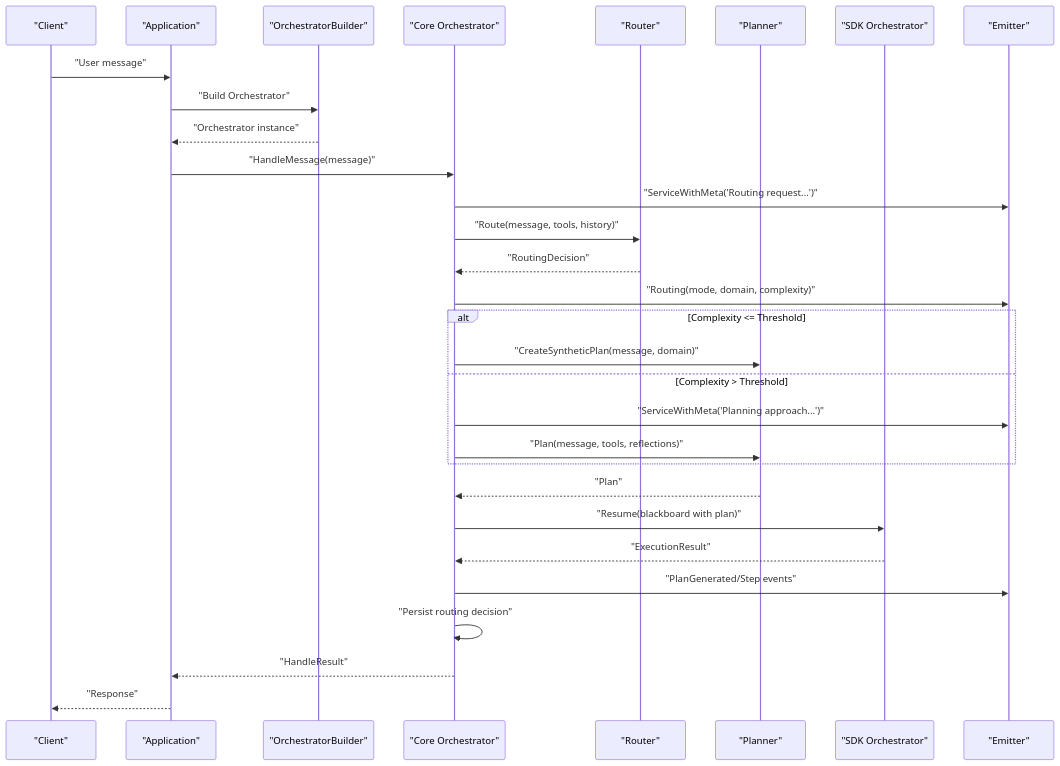
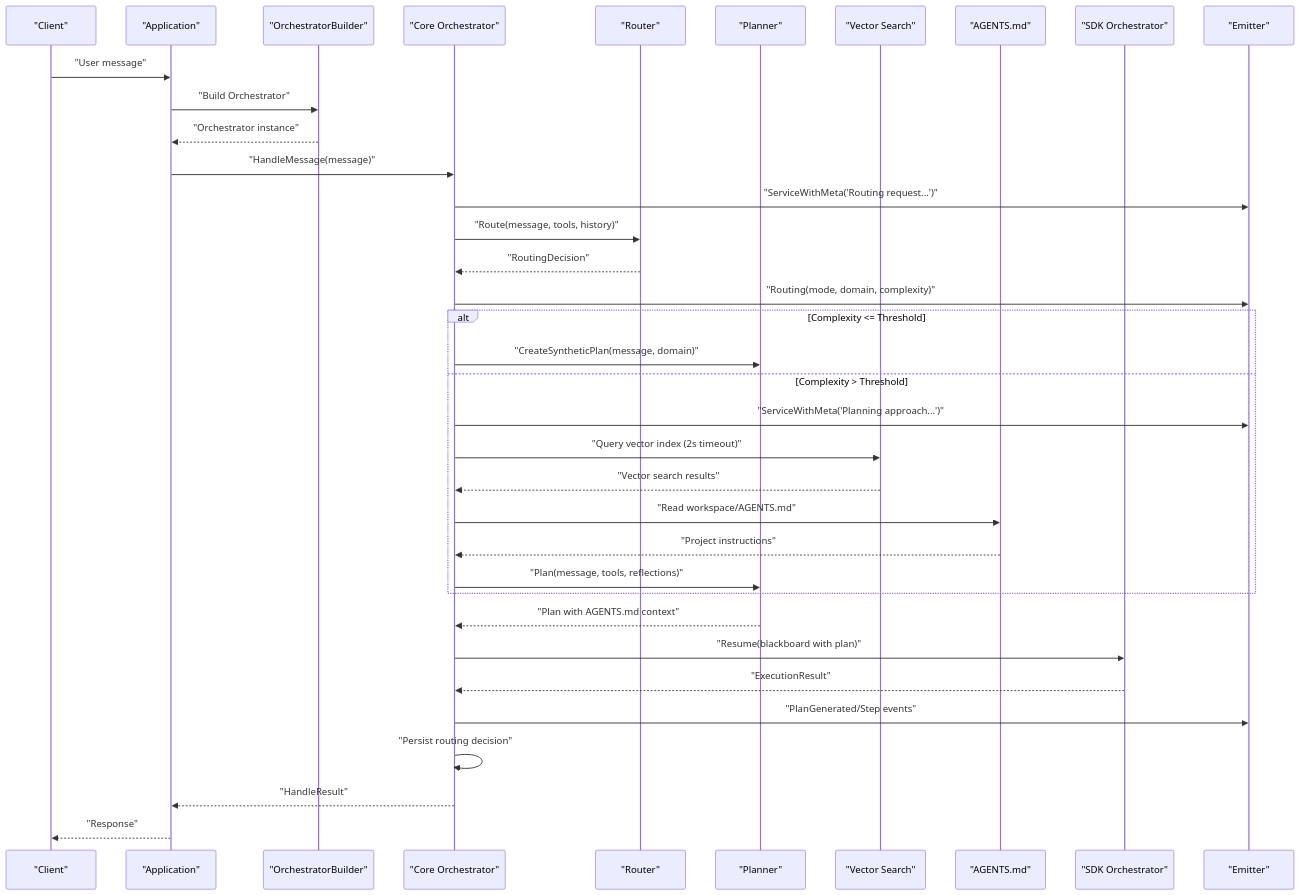
Before and after one commit to v0lka/c0wrk: the second of 13 diagrams in .qoder/repowiki/en/content/Core AI Engine/Orchestrator Architecture.md, drawn with Mermaid. The commit also changed other lines of this file and 80 other files, not shown here.

````diff
--- a/.qoder/repowiki/en/content/Core AI Engine/Orchestrator Architecture.md
+++ b/.qoder/repowiki/en/content/Core AI Engine/Orchestrator Architecture.md
@@ -129,32 +147,38 @@
 ```mermaid
 sequenceDiagram
 participant Client as "Client"
 participant App as "Application"
 participant Builder as "OrchestratorBuilder"
 participant Orchestrator as "Core Orchestrator"
 participant Router as "Router"
 participant Planner as "Planner"
+participant VectorSearch as "Vector Search"
+participant AGENTS as "AGENTS.md"
 participant SDK as "SDK Orchestrator"
 participant Emitter as "Emitter"
 Client->>App : "User message"
 App->>Builder : "Build Orchestrator"
 Builder-->>App : "Orchestrator instance"
 App->>Orchestrator : "HandleMessage(message)"
 Orchestrator->>Emitter : "ServiceWithMeta('Routing request...')"
 Orchestrator->>Router : "Route(message, tools, history)"
 Router-->>Orchestrator : "RoutingDecision"
 Orchestrator->>Emitter : "Routing(mode, domain, complexity)"
 alt Complexity <= Threshold
 Orchestrator->>Planner : "CreateSyntheticPlan(message, domain)"
 else Complexity > Threshold
 Orchestrator->>Emitter : "ServiceWithMeta('Planning approach...')"
+Orchestrator->>VectorSearch : "Query vector index (2s timeout)"
+VectorSearch-->>Orchestrator : "Vector search results"
+Orchestrator->>AGENTS : "Read workspace/AGENTS.md"
+AGENTS-->>Orchestrator : "Project instructions"
 Orchestrator->>Planner : "Plan(message, tools, reflections)"
 end
-Planner-->>Orchestrator : "Plan"
+Planner-->>Orchestrator : "Plan with AGENTS.md context"
 Orchestrator->>SDK : "Resume(blackboard with plan)"
 SDK-->>Orchestrator : "ExecutionResult"
 Orchestrator->>Emitter : "PlanGenerated/Step events"
 Orchestrator->>Orchestrator : "Persist routing decision"
 Orchestrator-->>App : "HandleResult"
 App-->>Client : "Response"
 ```
````
